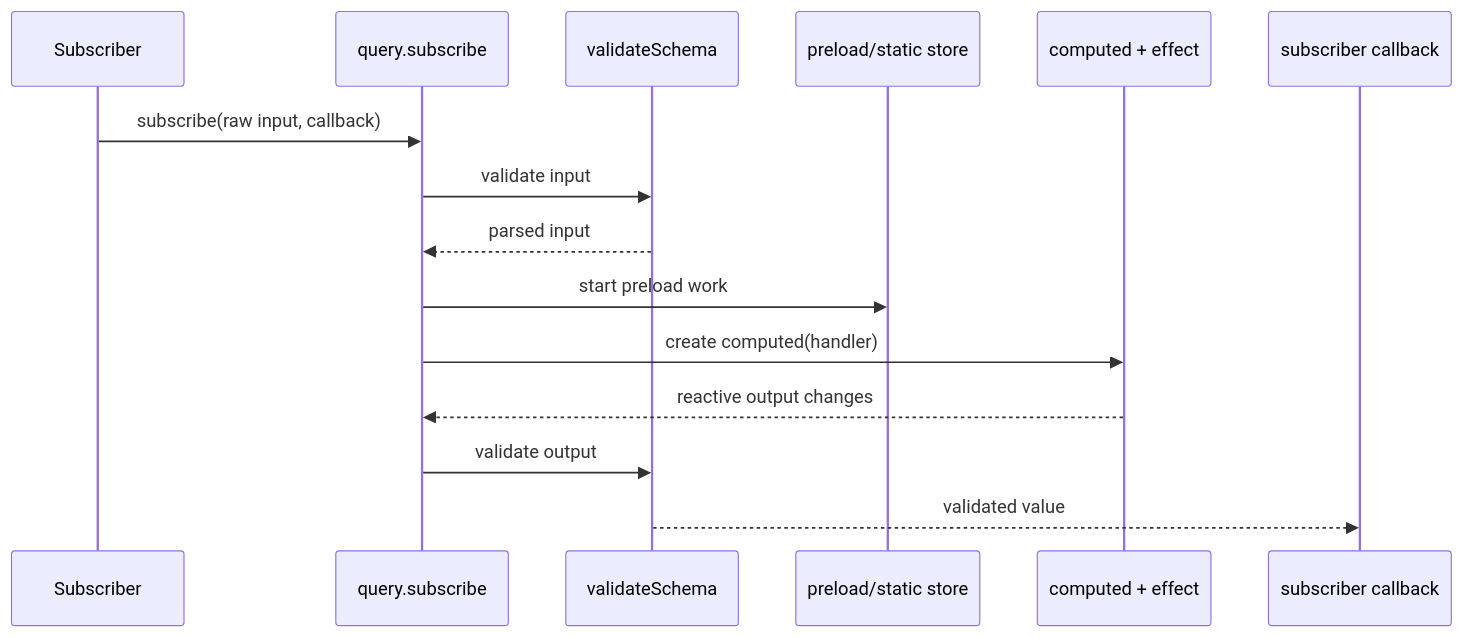
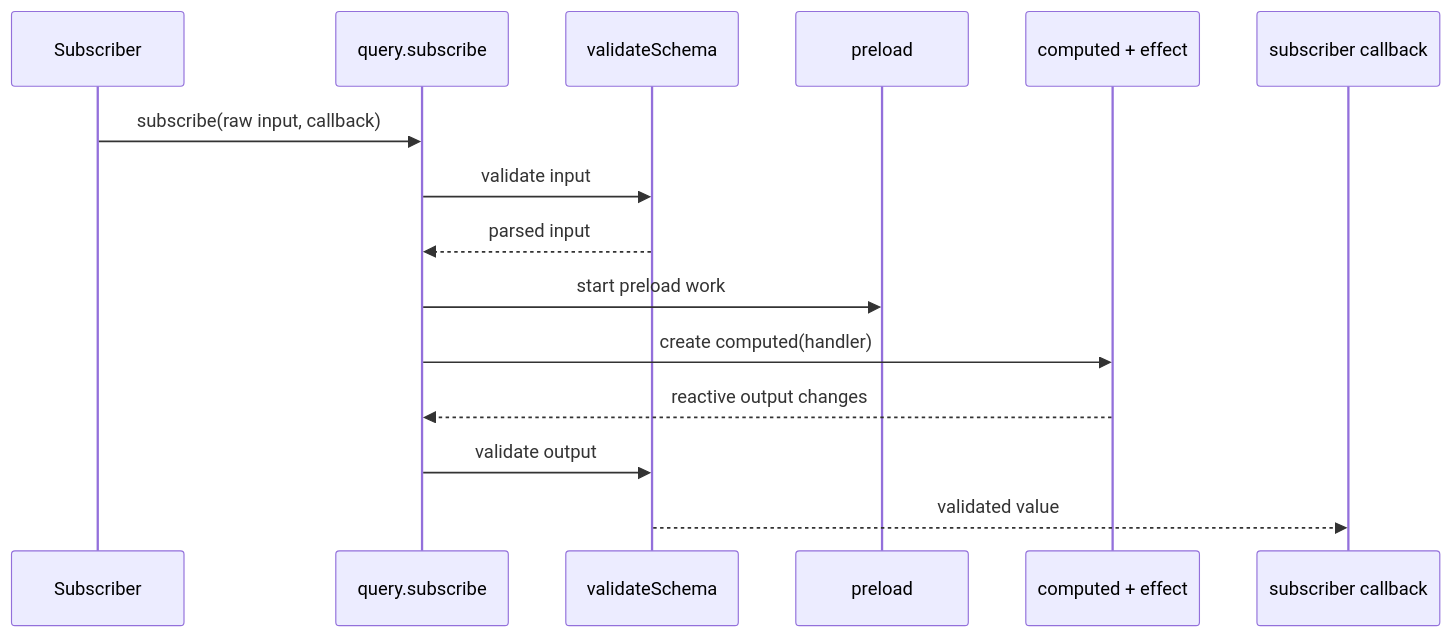
The third of 4 diagrams in code/core/src/shared/open-service/README.md (storybookjs/storybook), drawn with Mermaid before and after one commit. The commit also changed other lines of this file and 14 other files, not shown here.

````diff
--- a/code/core/src/shared/open-service/README.md
+++ b/code/core/src/shared/open-service/README.md
@@ -212,18 +219,18 @@
 ```mermaid
 sequenceDiagram
   participant Subscriber
   participant Runtime as query.subscribe
   participant Schema as validateSchema
-  participant Preload as preload/static store
+  participant Preload as preload
   participant Signals as computed + effect
   participant Callback as subscriber callback
 
   Subscriber->>Runtime: subscribe(raw input, callback)
   Runtime->>Schema: validate input
   Schema-->>Runtime: parsed input
   Runtime->>Preload: start preload work
   Runtime->>Signals: create computed(handler)
   Signals-->>Runtime: reactive output changes
   Runtime->>Schema: validate output
   Schema-->>Callback: validated value
 ```
````
